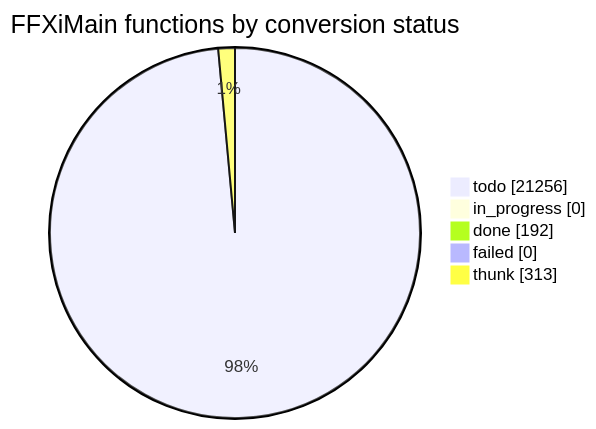
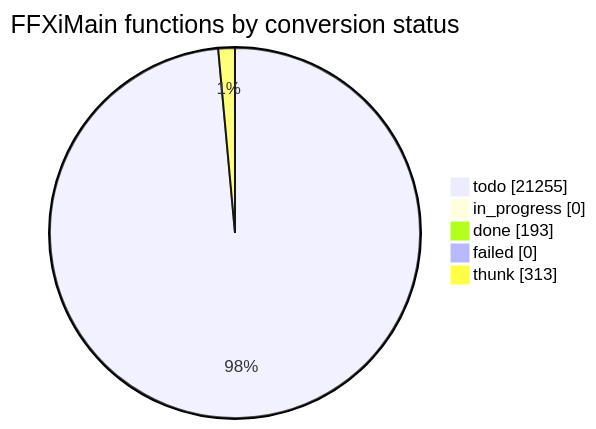
Before and after one commit to cowrevenge/cow_kuluu_xi_anything: the diagram in docs/cow/STATUS.md, drawn with Mermaid. The commit also changed other lines of this file and 9 other files, not shown here.

````diff
--- a/docs/cow/STATUS.md
+++ b/docs/cow/STATUS.md
@@ -18,9 +18,9 @@
 ```mermaid
 pie showData
     title FFXiMain functions by conversion status
-    "todo" : 21256
+    "todo" : 21255
     "in_progress" : 0
-    "done" : 192
+    "done" : 193
     "failed" : 0
     "thunk" : 313
 ```
````
